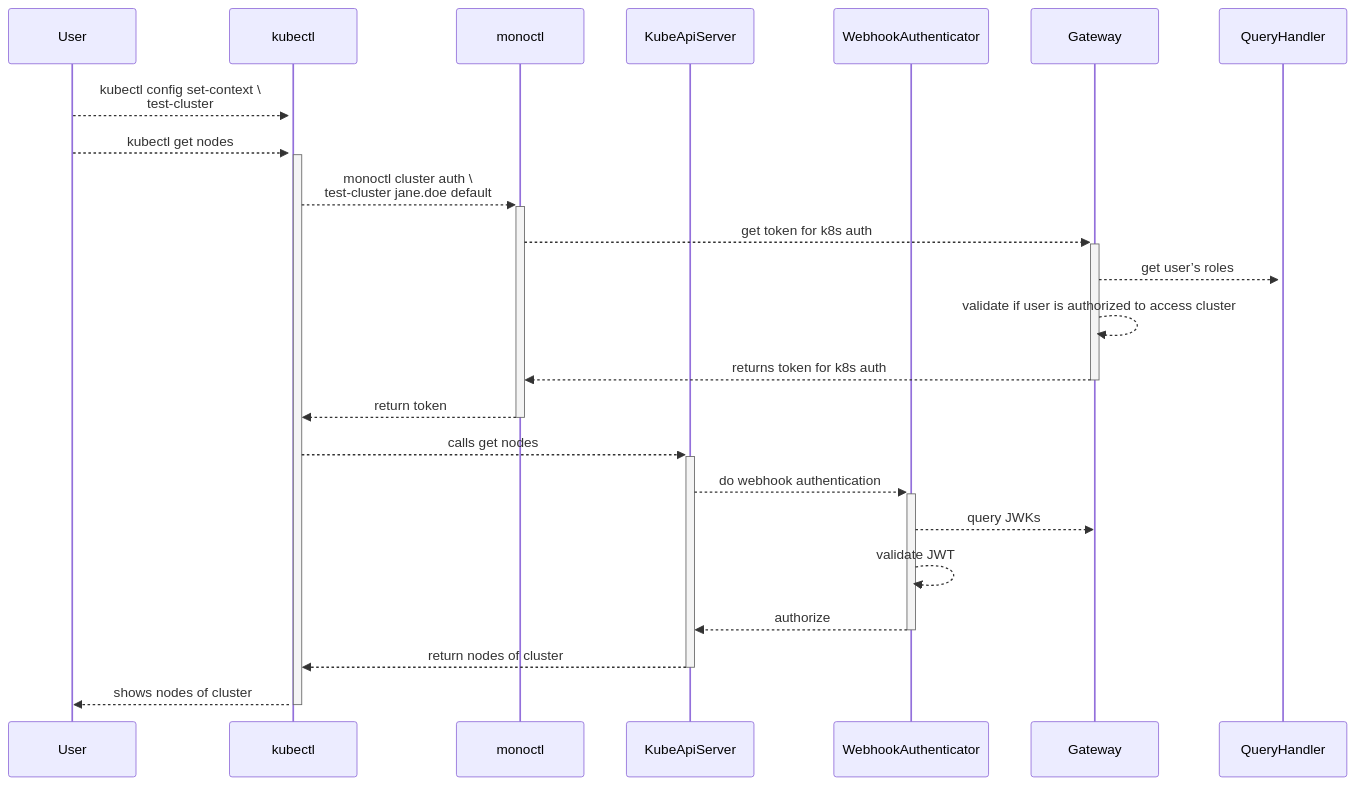
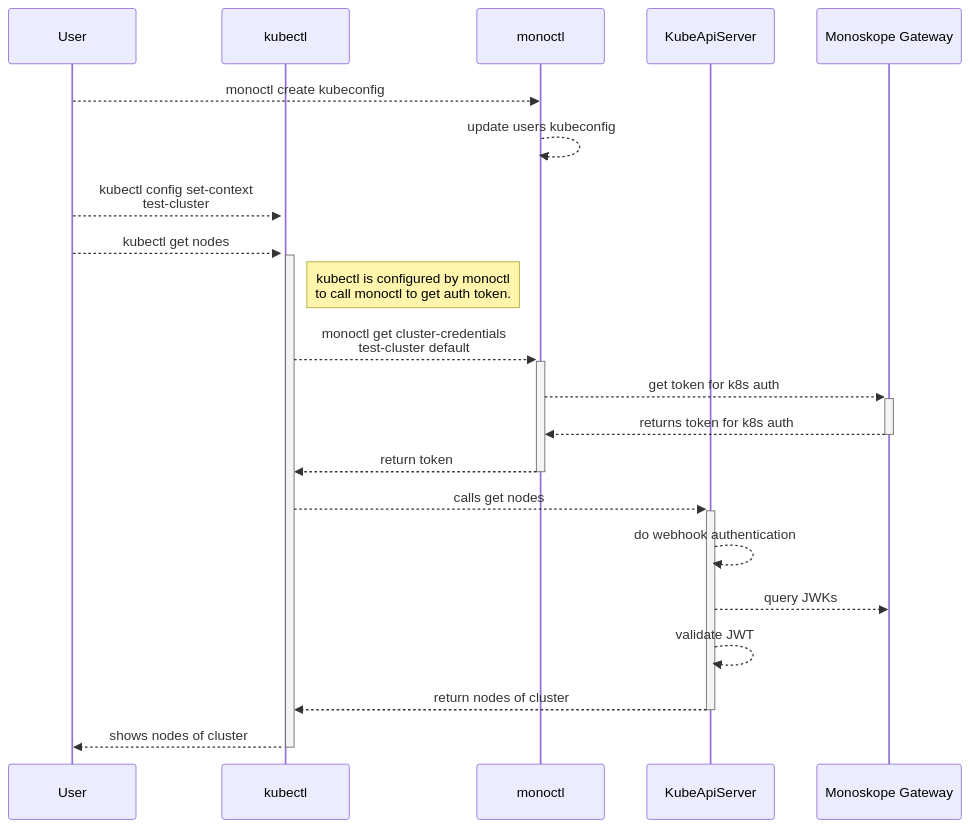
One commit to finleap-connect/monoskope changed the diagram in docs/diagrams/05-cluster-auth-flow.md. Above: the diagram before and after it, drawn with Mermaid. The commit also changed other lines of this file and 1 other file, not shown here.

Commit message:
Update diagram and docs

````diff
--- a/docs/diagrams/05-cluster-auth-flow.md
+++ b/docs/diagrams/05-cluster-auth-flow.md
@@ -5,25 +14,23 @@
 ```mermaid
 sequenceDiagram
     participant U as User
     participant K as kubectl
     participant m8ctl as monoctl
     participant A as KubeApiServer
-    participant W as WebhookAuthenticator
-    participant G as Gateway
-    participant Q as QueryHandler
-    U-->>+K: kubectl config set-context \<br>test-cluster
+    participant G as Monoskope Gateway
+    U-->>m8ctl: monoctl create kubeconfig
+    m8ctl-->>m8ctl: update users kubeconfig
+    U-->>+K: kubectl config set-context <br>test-cluster
     U-->>+K: kubectl get nodes
-    K-->>+m8ctl: monoctl cluster auth \<br>test-cluster jane.doe default
+    Note right of K: kubectl is configured by monoctl<br>to call monoctl to get auth token.
+    K-->>+m8ctl: monoctl get cluster-credentials <br>test-cluster default
     m8ctl-->>+G: get token for k8s auth
-    G-->>+Q: get user’s roles
-    G-->>G: validate if user is authorized to access cluster
     G-->>-m8ctl: returns token for k8s auth
     m8ctl-->>-K: return token
     K-->>+A: calls get nodes
-    A-->>+W: do webhook authentication
-    W-->>G: query JWKs
-    W-->>W: validate JWT
-    W-->>-A: authorize
+    A-->>A: do webhook authentication
+    A-->>G: query JWKs
+    A-->>A: validate JWT
     A-->>-K: return nodes of cluster
     K-->>-U: shows nodes of cluster
 ```
````
